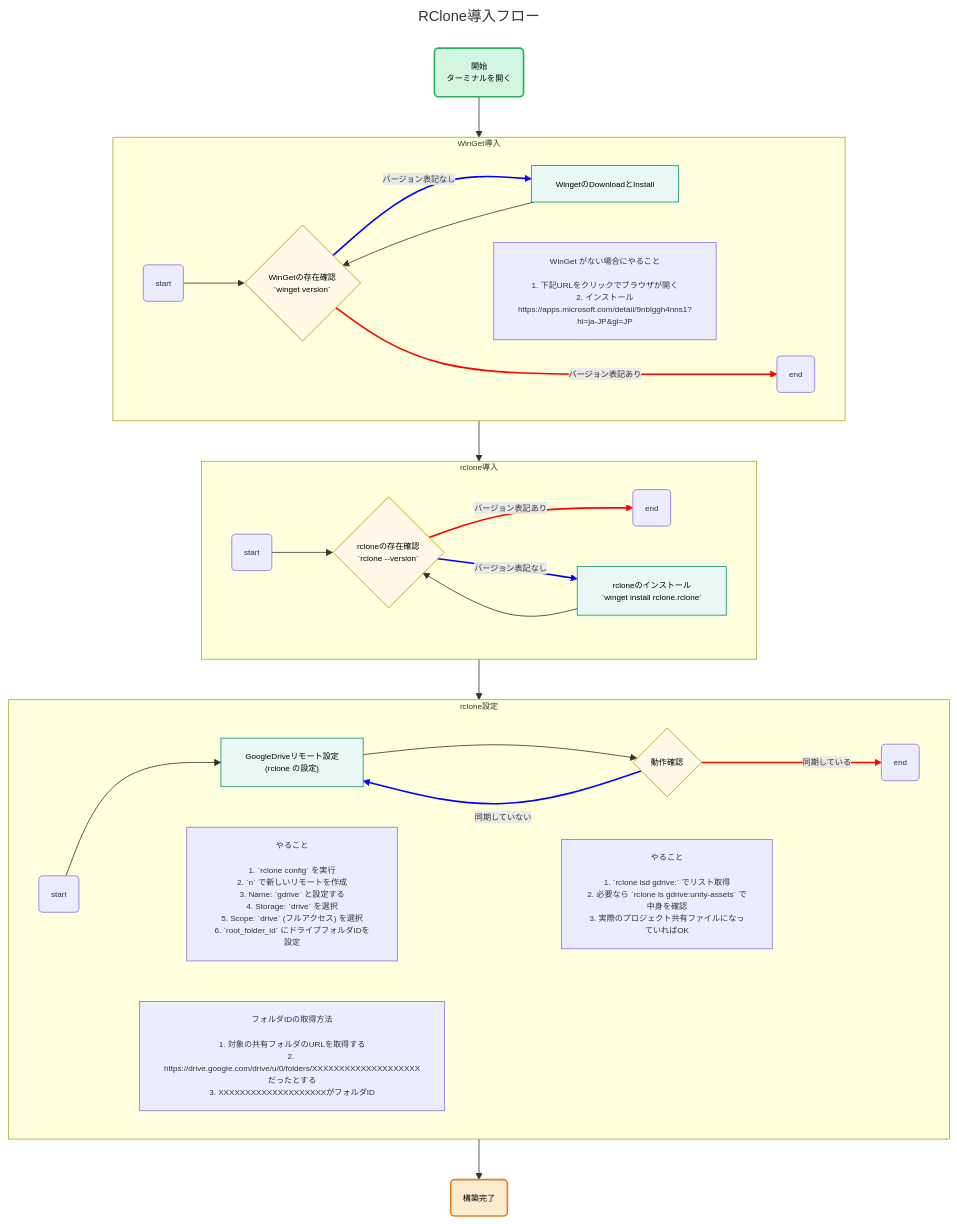
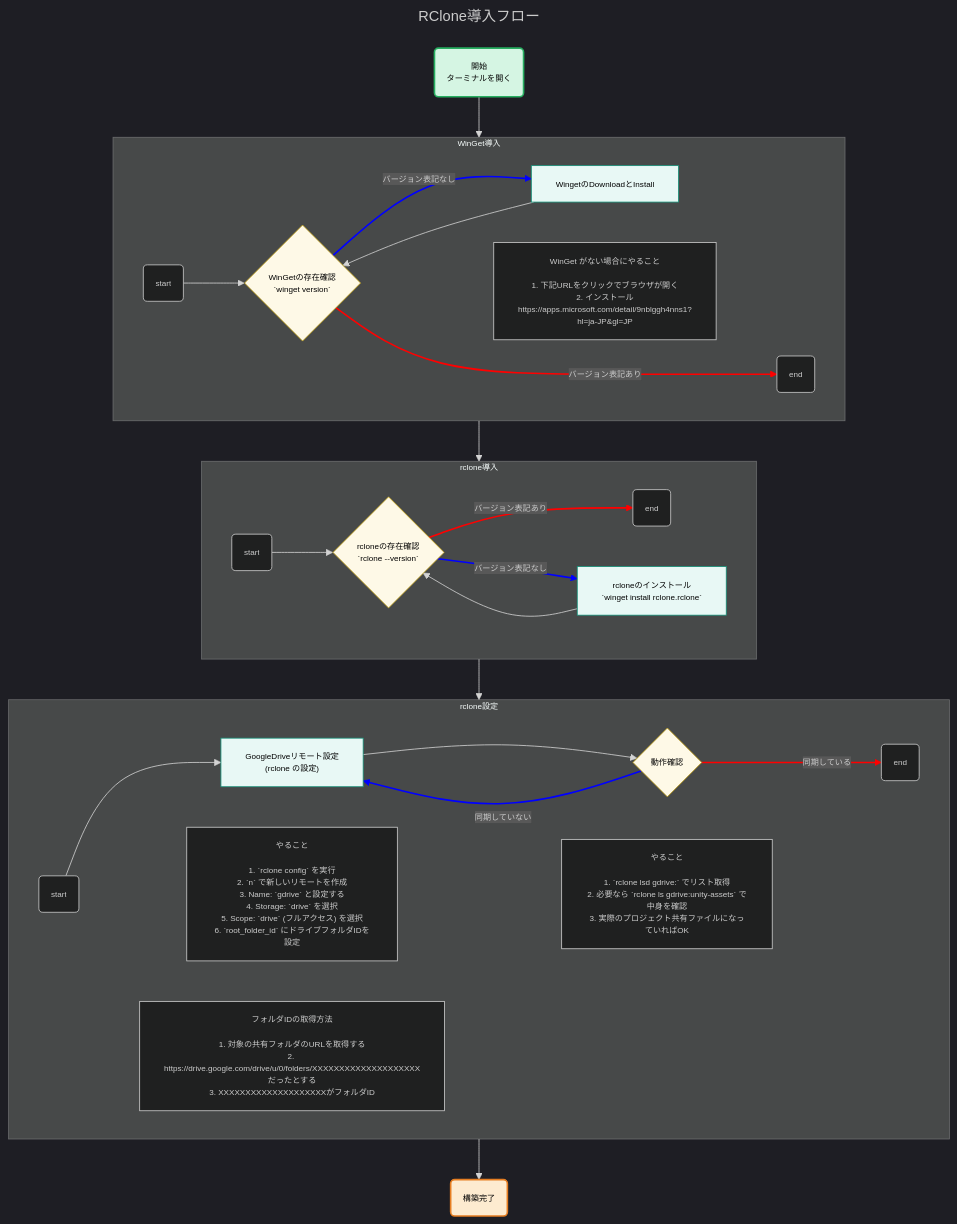
Before and after one commit to BreadMotion/breadmotion.github.io: the diagram in WebSite/content/blog/blog_00007.md, drawn with Mermaid. The commit also changed 5 other files, not shown here.

```diff
--- a/WebSite/content/blog/blog_00007.md
+++ b/WebSite/content/blog/blog_00007.md
@@ -25,7 +25,7 @@
 ---
 title: RClone導入フロー
 config:
-    theme:
+    theme: dark
     themeVariables:
         fontSize: 10px
 ---
```
